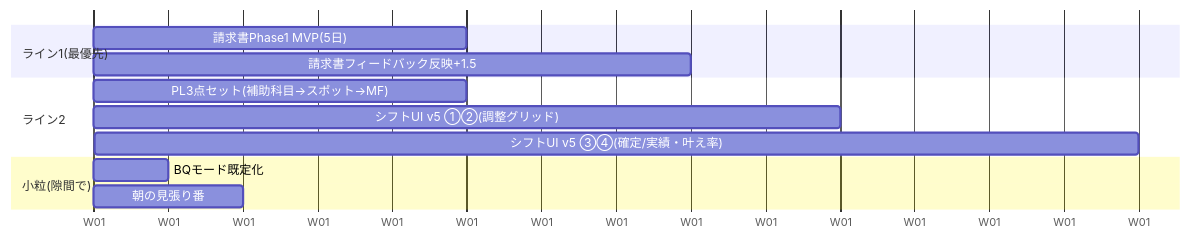
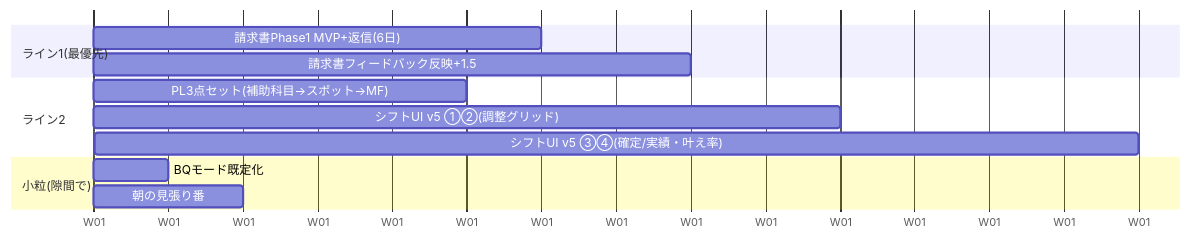
One commit to mirai-oss/ns-portal changed the diagram in docs/実装スケジュール_最短計画_2026-08-23.md. Above: the diagram before and after it, drawn with Mermaid. The commit also changed other lines of this file and 2 other files, not shown here.

Commit message:
docs: 請求書Phase1に返信機能を追加（ユーザー確定・MVP6日に更新）

````diff
--- a/docs/実装スケジュール_最短計画_2026-08-23.md
+++ b/docs/実装スケジュール_最短計画_2026-08-23.md
@@ -7,15 +7,15 @@
 ```mermaid
 gantt
     dateFormat  X
     axisFormat W%d
     section ライン1(最優先)
-    請求書Phase1 MVP(5日)        :0, 5
+    請求書Phase1 MVP+返信(6日)    :0, 6
     請求書フィードバック反映+1.5   :5, 8
     section ライン2
     PL3点セット(補助科目→スポット→MF) :0, 5
     シフトUI v5 ①②(調整グリッド)     :5, 10
     シフトUI v5 ③④(確定/実績・叶え率) :10, 14
     section 小粒(隙間で)
     BQモード既定化 :0, 1
     朝の見張り番    :1, 2
 ```
````
